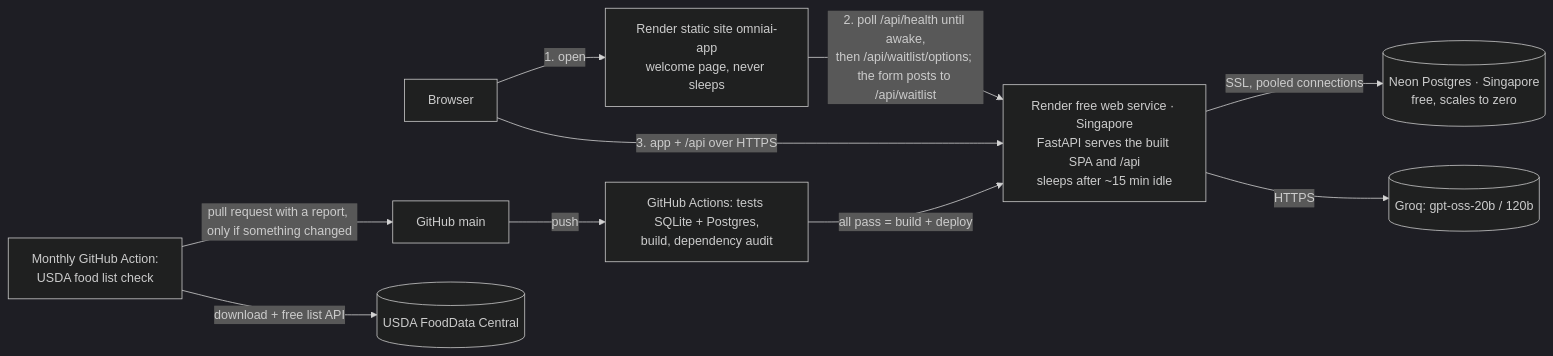
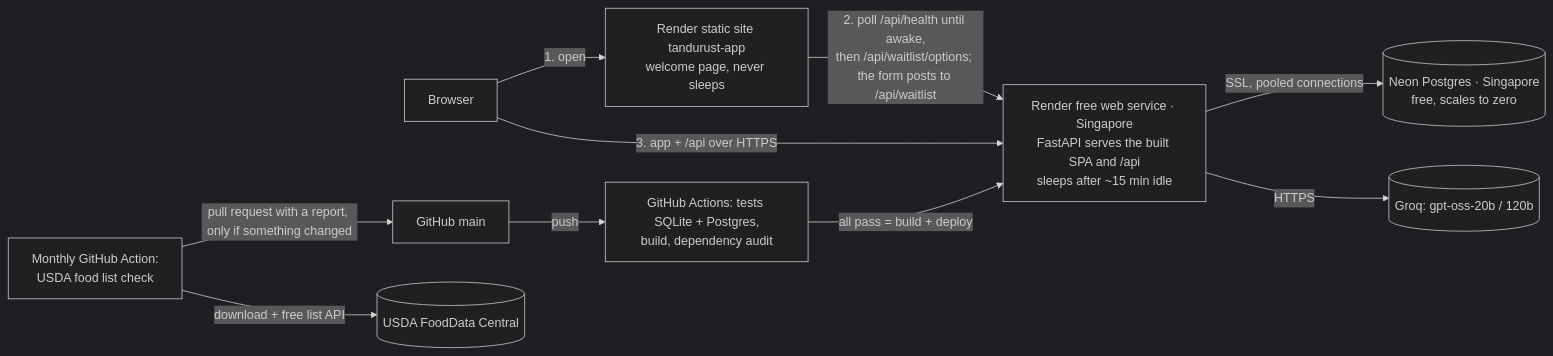
Before and after one commit to NeoAnushka21/tracker_poc: the third of 12 diagrams in docs/hld.md, drawn with Mermaid (dark theme). The commit also changed other lines of this file and 24 other files, not shown here.

First line of the commit message:
Finish the rename: Tandurust Render services and addresses

````diff
--- a/docs/hld.md
+++ b/docs/hld.md
@@ -77,12 +77,12 @@
 ```mermaid
 flowchart LR
-    U[Browser] -->|1. open| L["Render static site omniai-app<br/>welcome page, never sleeps"]
+    U[Browser] -->|1. open| L["Render static site tandurust-app<br/>welcome page, never sleeps"]
     L -->|2. poll /api/health until awake,<br/>then /api/waitlist/options; the form posts to /api/waitlist| R
     U -->|3. app + /api over HTTPS| R["Render free web service · Singapore<br/>FastAPI serves the built SPA and /api<br/>sleeps after ~15 min idle"]
     R -->|SSL, pooled connections| N[("Neon Postgres · Singapore<br/>free, scales to zero")]
     R -->|HTTPS| G[(Groq: gpt-oss-20b / 120b)]
     GH[GitHub main] -->|push| CI[GitHub Actions: tests SQLite + Postgres,<br/>build, dependency audit]
     CI -->|all pass = build + deploy| R
     M[Monthly GitHub Action:<br/>USDA food list check] -->|download + free list API| USDA[(USDA FoodData Central)]
     M -->|pull request with a report, only if something changed| GH
 ```
````
